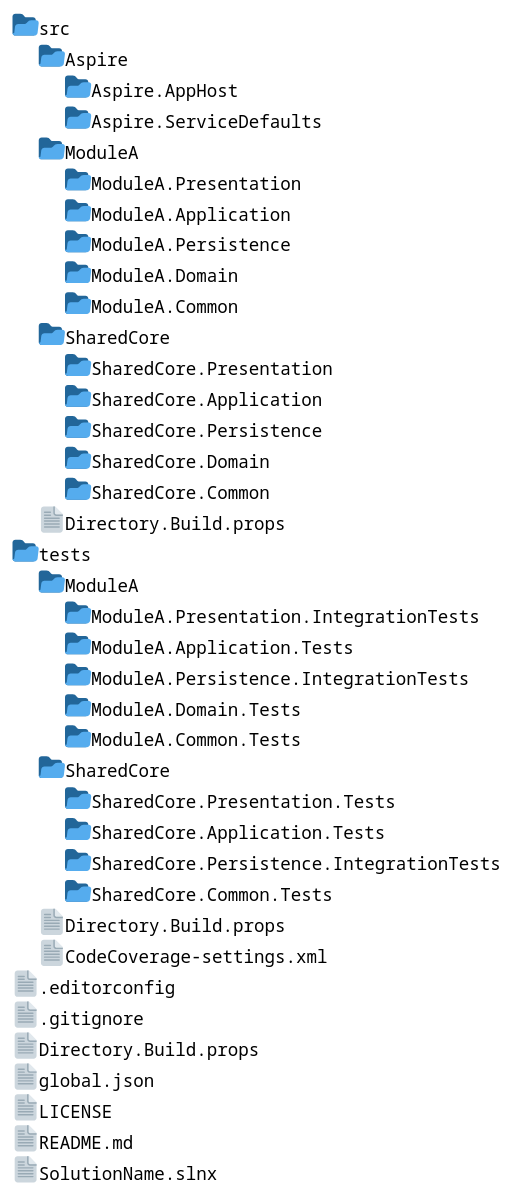
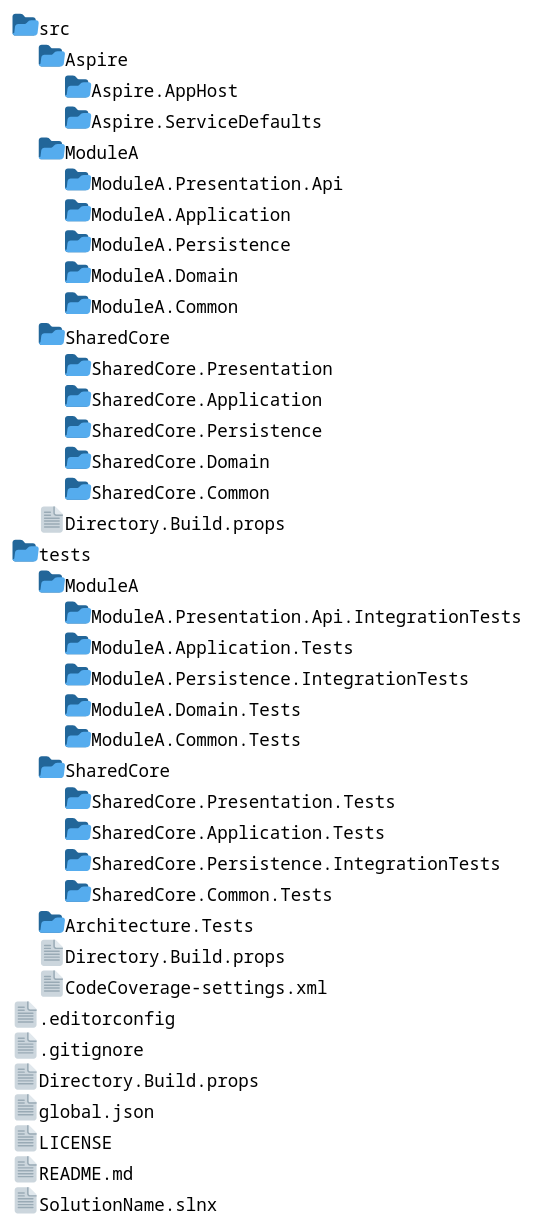
Before and after one commit to p-martinho/Modular.Api.Template: the diagram in docs/FoldersStructure.pu, drawn with PlantUML. The commit also changed 132 other files, not shown here.

```diff
--- a/docs/FoldersStructure.pu
+++ b/docs/FoldersStructure.pu
@@ -1,35 +1,36 @@
 @startfiles
 
 /src/Aspire/Aspire.AppHost/
 /src/Aspire/Aspire.ServiceDefaults/
-/src/ModuleA/ModuleA.Presentation/
+/src/ModuleA/ModuleA.Presentation.Api/
 /src/ModuleA/ModuleA.Application/
 /src/ModuleA/ModuleA.Persistence/
 /src/ModuleA/ModuleA.Domain/
 /src/ModuleA/ModuleA.Common/
 /src/SharedCore/SharedCore.Presentation/
 /src/SharedCore/SharedCore.Application/
 /src/SharedCore/SharedCore.Persistence/
 /src/SharedCore/SharedCore.Domain/
 /src/SharedCore/SharedCore.Common/
 /src/Directory.Build.props
-/tests/ModuleA/ModuleA.Presentation.IntegrationTests/
+/tests/ModuleA/ModuleA.Presentation.Api.IntegrationTests/
 /tests/ModuleA/ModuleA.Application.Tests/
 /tests/ModuleA/ModuleA.Persistence.IntegrationTests/
 /tests/ModuleA/ModuleA.Domain.Tests/
 /tests/ModuleA/ModuleA.Common.Tests/
 /tests/SharedCore/SharedCore.Presentation.Tests/
 /tests/SharedCore/SharedCore.Application.Tests/
 /tests/SharedCore/SharedCore.Persistence.IntegrationTests/
 /tests/SharedCore/SharedCore.Common.Tests/
+/tests/Architecture.Tests/
 /tests/Directory.Build.props
 /tests/CodeCoverage-settings.xml
 /.editorconfig
 /.gitignore
 /Directory.Build.props
 /global.json
 /LICENSE
 /README.md
 /SolutionName.slnx
 
 @endfiles
```
